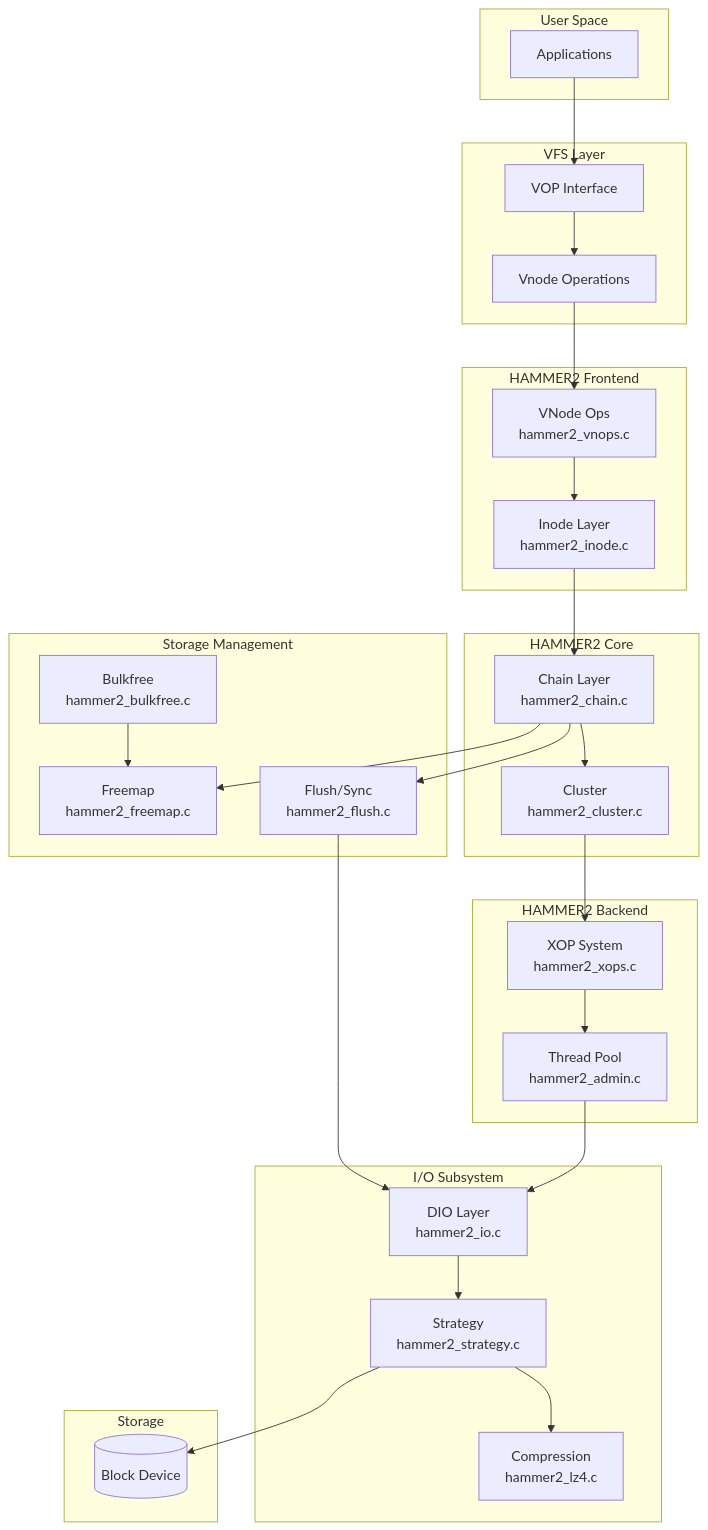
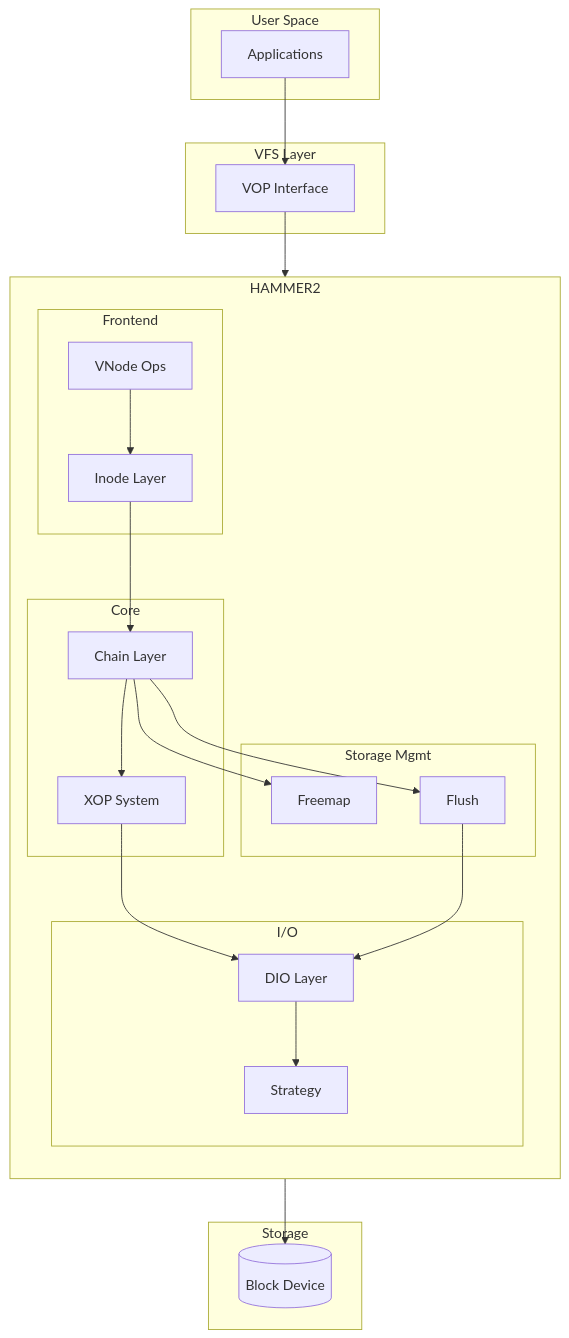
One commit to tuxillo/dragonflybsd-source-docs changed the fourth of 7 diagrams in docs/sys/vfs/hammer2/index.md. Above: the diagram before and after it, drawn with Mermaid. The commit also changed other lines of this file, not shown here.

First line of the commit message:
docs/hammer2: fix diagrams in overview page

````diff
--- a/docs/sys/vfs/hammer2/index.md
+++ b/docs/sys/vfs/hammer2/index.md
@@ -145,59 +175,49 @@
 ```mermaid
 flowchart TB
     subgraph userspace["User Space"]
         APP[Applications]
     end
     
     subgraph vfs["VFS Layer"]
         VOP[VOP Interface]
-        VNODE[Vnode Operations]
     end
     
-    subgraph frontend["HAMMER2 Frontend"]
-        INODE[Inode Layer<br/>hammer2_inode.c]
-        VNOPS[VNode Ops<br/>hammer2_vnops.c]
-    end
-    
-    subgraph core["HAMMER2 Core"]
-        CHAIN[Chain Layer<br/>hammer2_chain.c]
-        CLUSTER[Cluster<br/>hammer2_cluster.c]
-    end
-    
-    subgraph backend["HAMMER2 Backend"]
-        XOP[XOP System<br/>hammer2_xops.c]
-        ADMIN[Thread Pool<br/>hammer2_admin.c]
-    end
-    
-    subgraph io["I/O Subsystem"]
-        DIO[DIO Layer<br/>hammer2_io.c]
-        STRAT[Strategy<br/>hammer2_strategy.c]
-        COMP[Compression<br/>hammer2_lz4.c]
-    end
-    
-    subgraph storage["Storage Management"]
-        FREEMAP[Freemap<br/>hammer2_freemap.c]
-        FLUSH[Flush/Sync<br/>hammer2_flush.c]
-        BULK[Bulkfree<br/>hammer2_bulkfree.c]
+    subgraph hammer2["HAMMER2"]
+        direction TB
+        subgraph frontend["Frontend"]
+            VNOPS[VNode Ops]
+            INODE[Inode Layer]
+        end
+        
+        subgraph core["Core"]
+            CHAIN[Chain Layer]
+            XOP[XOP System]
+        end
+        
+        subgraph io["I/O"]
+            DIO[DIO Layer]
+            STRAT[Strategy]
+        end
+        
+        subgraph storage["Storage Mgmt"]
+            FREEMAP[Freemap]
+            FLUSH[Flush]
+        end
     end
     
     subgraph disk["Storage"]
         DEV[(Block Device)]
     end
     
     APP --> VOP
-    VOP --> VNODE
-    VNODE --> VNOPS
+    VOP --> VNOPS
     VNOPS --> INODE
     INODE --> CHAIN
-    CHAIN --> CLUSTER
-    CLUSTER --> XOP
-    XOP --> ADMIN
-    ADMIN --> DIO
+    CHAIN --> XOP
+    XOP --> DIO
     DIO --> STRAT
-    STRAT --> COMP
     STRAT --> DEV
     CHAIN --> FREEMAP
     CHAIN --> FLUSH
     FLUSH --> DIO
-    BULK --> FREEMAP
 ```
````
